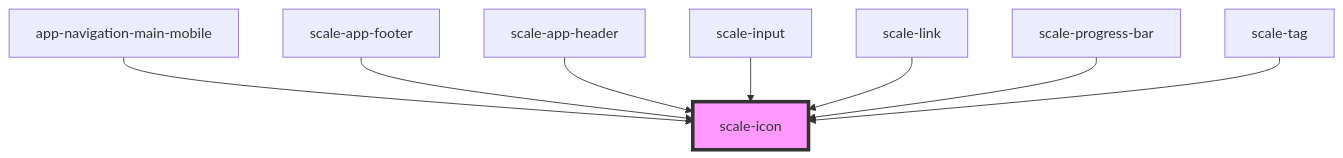
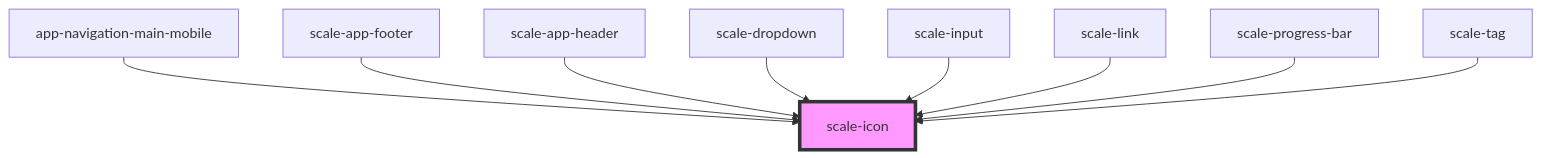
The diagram in packages/components/src/components/icon/readme.md (gaurishkamat/scale), drawn with Mermaid before and after one commit. The commit also changed other lines of this file and 13 other files, not shown here.

````diff
--- a/packages/components/src/components/icon/readme.md
+++ b/packages/components/src/components/icon/readme.md
@@ -35,11 +36,12 @@
 ```mermaid
 graph TD;
   app-navigation-main-mobile --> scale-icon
   scale-app-footer --> scale-icon
   scale-app-header --> scale-icon
+  scale-dropdown --> scale-icon
   scale-input --> scale-icon
   scale-link --> scale-icon
   scale-progress-bar --> scale-icon
   scale-tag --> scale-icon
   style scale-icon fill:#f9f,stroke:#333,stroke-width:4px
 ```
````
